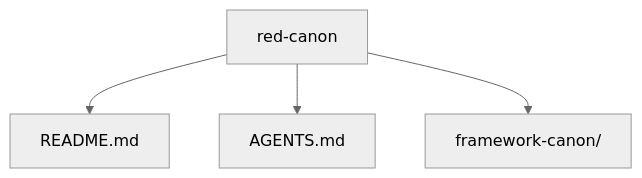
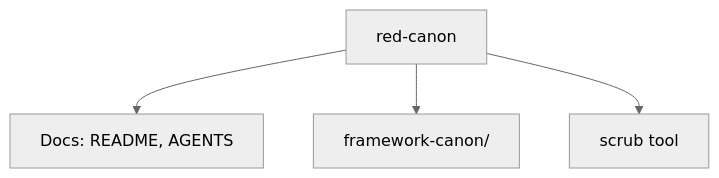
One commit to redrhino-online/red-canon changed diagram 12 of 14 in README.md. Above: the diagram before and after it, drawn with Mermaid (neutral theme). The commit also changed other lines of this file and 1 other file, not shown here.

Commit message:
docs(readme): document scrub tool and structure

````diff
--- a/README.md
+++ b/README.md
@@ -149,6 +149,6 @@
 ```mermaid
 flowchart TD
-    A[red-canon] --> B[README.md]
-    A --> C[AGENTS.md]
-    A --> D[framework-canon/]
+    A[red-canon] --> B[Docs: README, AGENTS]
+    A --> C[framework-canon/]
+    A --> D[scrub tool]
 ```
````
